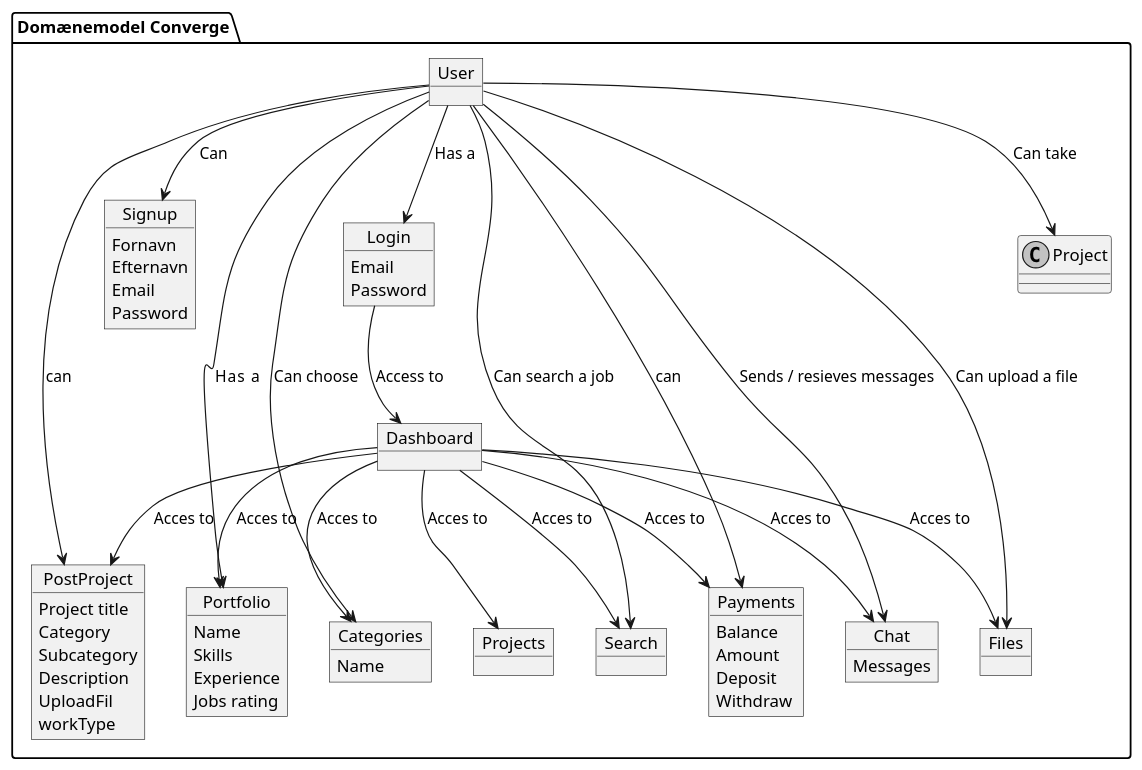
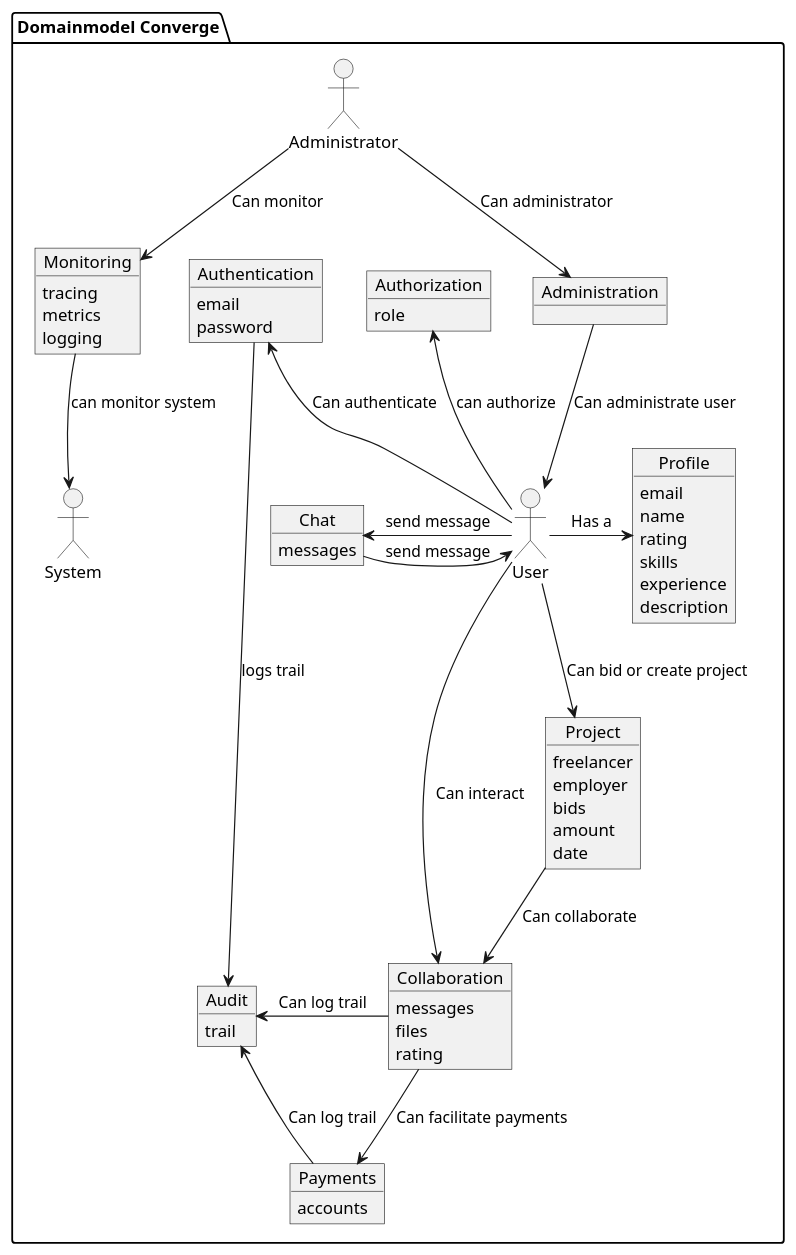
Before and after one commit to converge-app/diagrams: the diagram in src/software-architecture/domain-model.pu, drawn with PlantUML. The commit also changed 1 other file, not shown here.

```diff
--- a/src/software-architecture/domain-model.pu
+++ b/src/software-architecture/domain-model.pu
@@ -1,76 +1,80 @@
 @startuml
 
 skinparam monochrome true
+allowmixing
 
-package "Domænemodel Converge" {
-object User
-object Login{
-   Email
-  Password 
-  
-  }
+package "Domainmodel Converge" {
 
-object Signup{
-   Fornavn
-  Efternavn
-  Email
- Password 
-  }
-object Portfolio{
-  Name
-  Skills
-  Experience
-  Jobs rating
-  }
-object Categories{
-  Name
-  }
-object PostProject{
-  Project title
-  Category
-  Subcategory
-  Description
-  UploadFil
-  workType
-  }
-object Projects
-object Chat{
-  Messages
-  }
-object Files
-object Payments{
-  Balance
-  Amount
-  Deposit
-  Withdraw
-  }
-object Search
-object Dashboard
+actor User
+actor Administrator
+actor System
+
+object Audit {
+  trail
+}
+object Authentication {
+  email
+  password
+}
+object Authorization {
+  role
+}
+object Project {
+  freelancer
+  employer
+  bids
+  amount
+  date
+}
+object Chat {
+  messages
+}
+object Collaboration {
+  messages
+  files
+  rating
+}
+object Payments {
+  accounts
+}
+object Profile {
+  email
+  name
+  rating
+  skills
+  experience
+  description
+}
+object Monitoring {
+  tracing
+  metrics
+  logging
+}
+object Administration
+
+User -up-> Authentication: Can authenticate  
+User -up-> Authorization: can authorize
+Authentication --> Audit: logs trail
+
+User -left-> Chat: send message
+Chat -right-> User: send message
+User --> Project: Can bid or create project
+Project --> Collaboration: Can collaborate
+User --> Collaboration: Can interact
+Collaboration --> Payments: Can facilitate payments
+
+User -right-> Profile: Has a
+
+Payments -left-> Audit: Can log trail
+Collaboration -left-> Audit: Can log trail
+
+Administrator --> Monitoring: Can monitor
+Monitoring --> System: can monitor system
+Administrator --> Administration: Can administrator
+Administration --> User: Can administrate user
 
 
-User --> Login: Has a
-User --> Signup: Can
-User --> Portfolio: Has  a 
-User --> Categories: Can choose
-User --> PostProject: can 
-User --> Project: Can take 
-User --> Chat: Sends / resieves messages
-User --> Files: Can upload a file
-User --> Payments: can
-User --> Search: Can search a job 
-  
-
-
-Login --> Dashboard: Access to
-Dashboard --> Portfolio:  Acces to
-Dashboard --> Chat:  Acces to
-Dashboard --> Files:  Acces to
-Dashboard --> Projects:  Acces to
-Dashboard --> Categories: Acces to
-Dashboard --> Payments:  Acces to
-Dashboard --> Search:  Acces to
-Dashboard --> PostProject:  Acces to
   
 }
 
 @enduml
```
